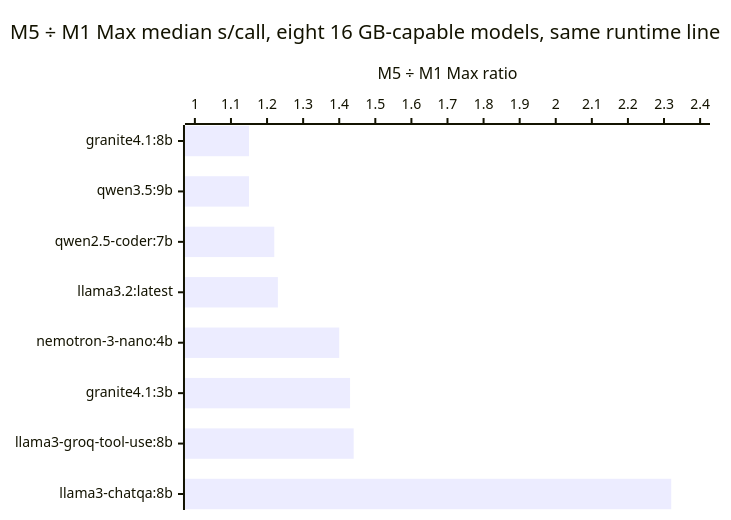
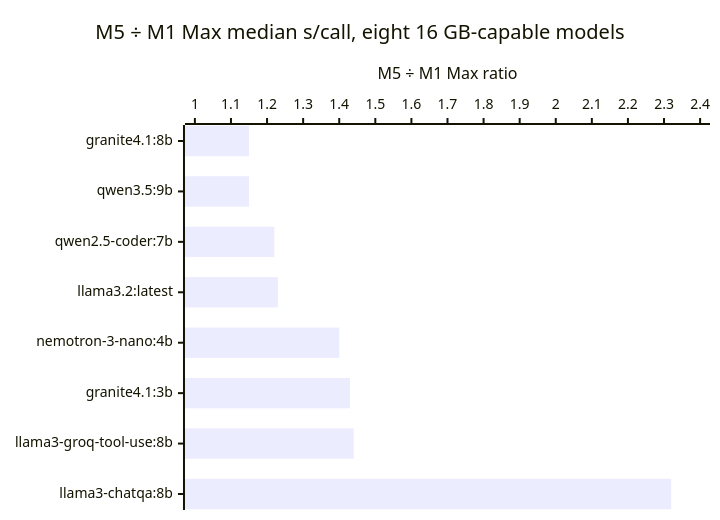
One commit to freemansoft/Flutter-AdaptiveCards changed the diagram in adaptive_chat_server_dart/blog/2026-08-30-article-3-m1max-vs-m5-draft.md. Above: the diagram before and after it, drawn with Mermaid. The commit also changed other lines of this file and 8 other files, not shown here.

````diff
--- a/adaptive_chat_server_dart/blog/2026-08-30-article-3-m1max-vs-m5-draft.md
+++ b/adaptive_chat_server_dart/blog/2026-08-30-article-3-m1max-vs-m5-draft.md
@@ -85,7 +122,7 @@
 ```mermaid
 xychart-beta horizontal
-    title "M5 ÷ M1 Max median s/call, eight 16 GB-capable models, same runtime line"
+    title "M5 ÷ M1 Max median s/call, eight 16 GB-capable models"
     x-axis ["granite4.1:8b", "qwen3.5:9b", "qwen2.5-coder:7b", "llama3.2:latest", "nemotron-3-nano:4b", "granite4.1:3b", "llama3-groq-tool-use:8b", "llama3-chatqa:8b"]
     y-axis "M5 ÷ M1 Max ratio" 1.0 --> 2.4
     bar [1.15, 1.15, 1.22, 1.23, 1.40, 1.43, 1.44, 2.32]
 ```
````
